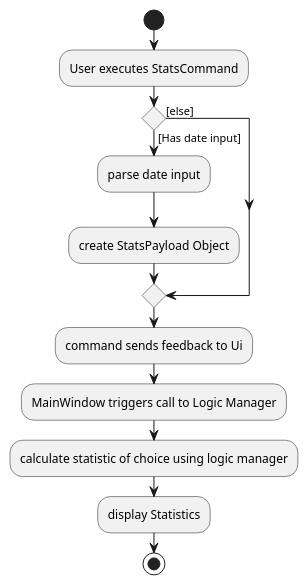
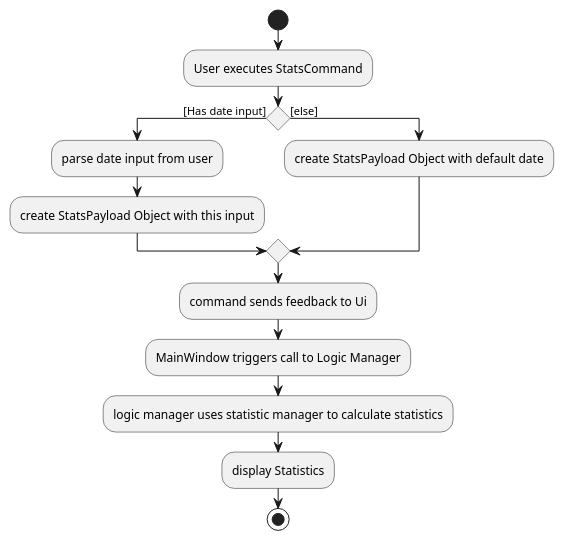
Before and after one commit to nus-cs2103-AY1920S1/addressbook-level3: the diagram in docs/diagrams/StatisticsCalculationAcitvityDiagram.puml, drawn with PlantUML. The commit also changed 1 other file, not shown here.

```diff
--- a/docs/diagrams/StatisticsCalculationAcitvityDiagram.puml
+++ b/docs/diagrams/StatisticsCalculationAcitvityDiagram.puml
@@ -1,18 +1,19 @@
 @startuml
 start
 :User executes StatsCommand;
 
 'Since the beta syntax does not support placing the condition outside the
 'diamond we place it as the true branch instead.
 if () then ([Has date input])
-     :parse date input;
-     :create StatsPayload Object;
+     :parse date input from user;
+     :create StatsPayload Object with this input;
+
 else ([else])
-
+    :create StatsPayload Object with default date;
 endif
 :command sends feedback to Ui;
 :MainWindow triggers call to Logic Manager;
-:calculate statistic of choice using logic manager;
+:logic manager uses statistic manager to calculate statistics;
 :display Statistics;
 stop
 @enduml
```
